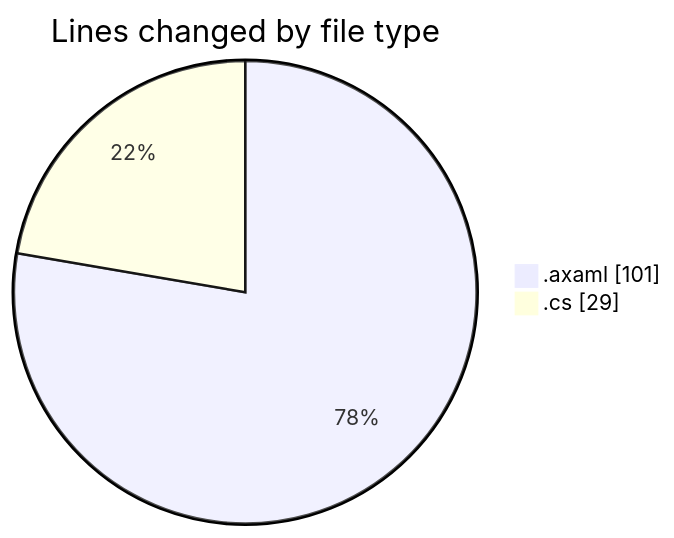
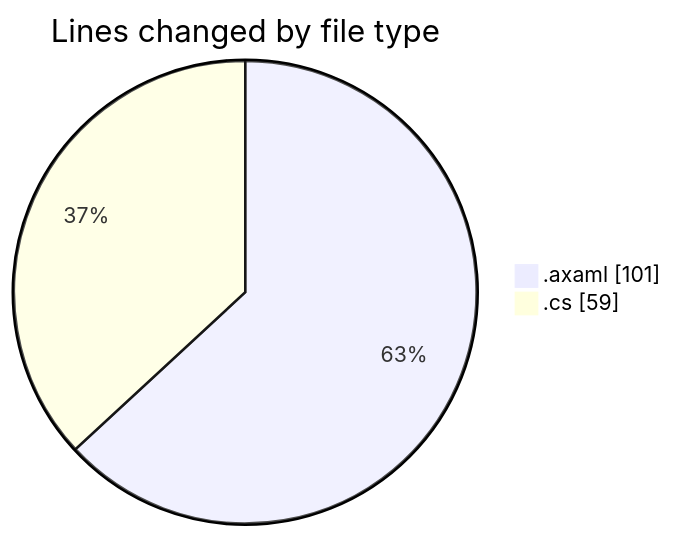
One commit to Netris89/code-tracking changed the first of 2 diagrams in 2025-10-30/skintrack/README.md. Above: the diagram before and after it, drawn with Mermaid. The commit also changed other lines of this file and 1 other file, not shown here.

````diff
--- a/2025-10-30/skintrack/README.md
+++ b/2025-10-30/skintrack/README.md
@@ -21,6 +21,6 @@
 ```mermaid
 pie showData
 title Lines changed by file type
 ".axaml" : 101
-".cs" : 29
+".cs" : 59
 ```
````
